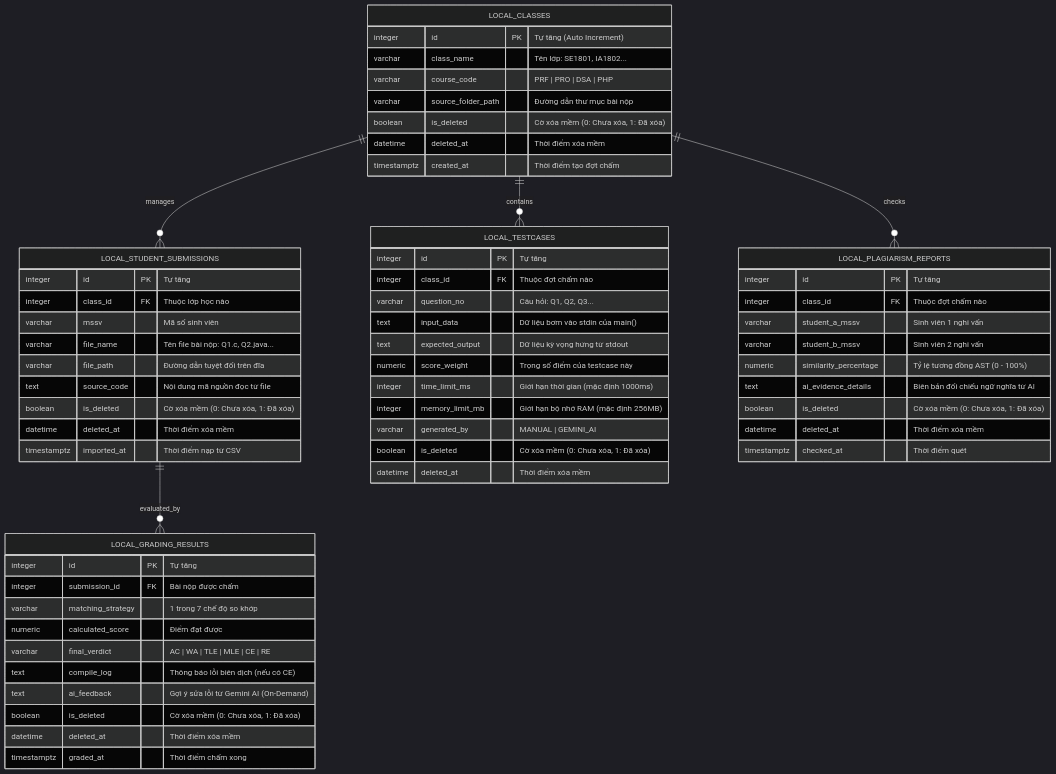
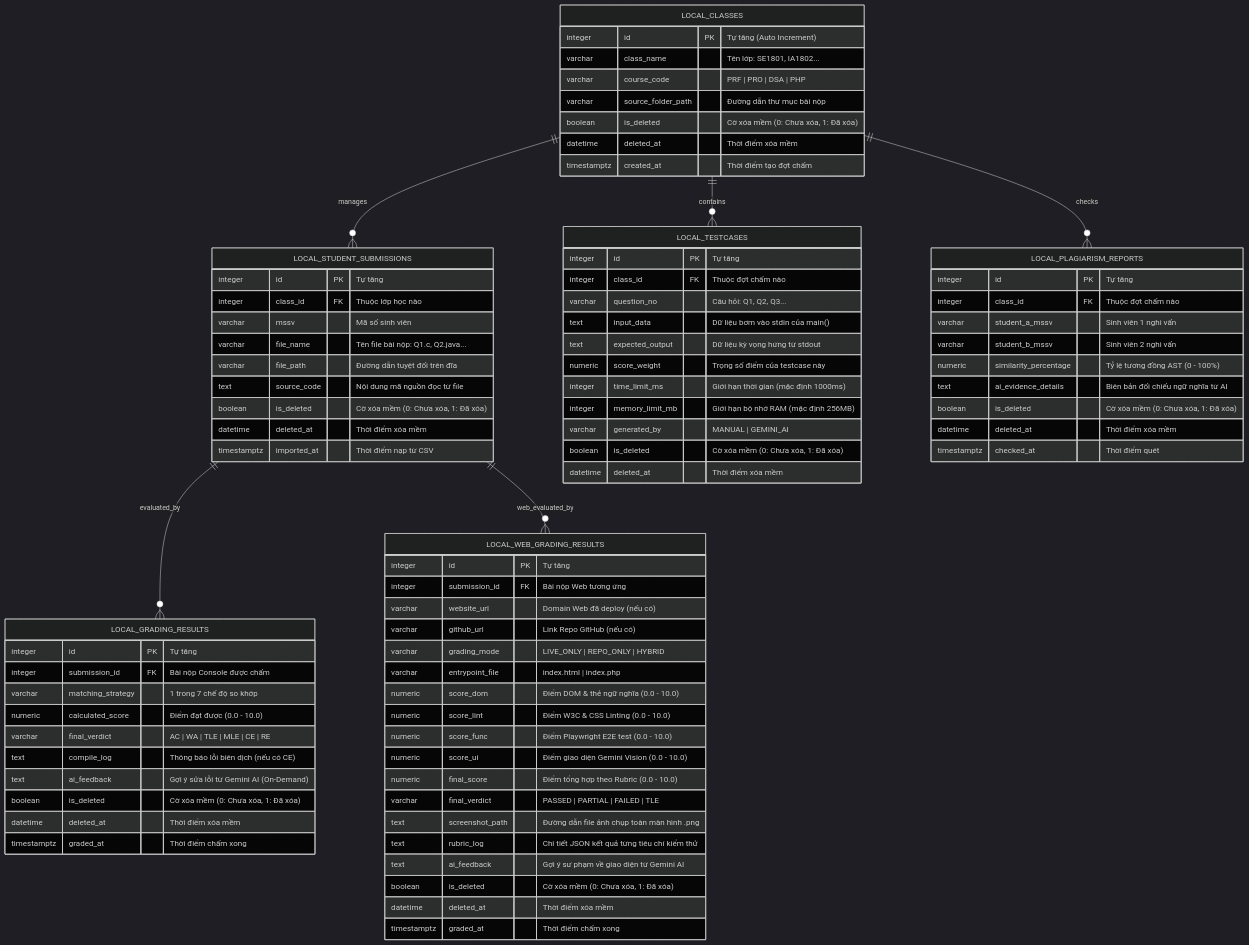
One commit to gray8493/iata_project changed the second of 2 diagrams in docs/architecture/database_schema.md. Above: the diagram before and after it, drawn with Mermaid (dark theme). The commit also changed other lines of this file and 6 other files, not shown here.

Commit message:
docs: add comprehensive system architecture documentation and PlantUML diagrams

```diff
--- a/docs/architecture/database_schema.md
+++ b/docs/architecture/database_schema.md
@@ -67,6 +67,7 @@
     LOCAL_CLASSES ||--o{ LOCAL_STUDENT_SUBMISSIONS : "manages"
     LOCAL_CLASSES ||--o{ LOCAL_TESTCASES : "contains"
     LOCAL_STUDENT_SUBMISSIONS ||--o{ LOCAL_GRADING_RESULTS : "evaluated_by"
+    LOCAL_STUDENT_SUBMISSIONS ||--o{ LOCAL_WEB_GRADING_RESULTS : "web_evaluated_by"
     LOCAL_CLASSES ||--o{ LOCAL_PLAGIARISM_REPORTS : "checks"
 
     LOCAL_CLASSES {
@@ -107,12 +108,33 @@
 
     LOCAL_GRADING_RESULTS {
         integer id PK "Tự tăng"
-        integer submission_id FK "Bài nộp được chấm"
+        integer submission_id FK "Bài nộp Console được chấm"
         varchar matching_strategy "1 trong 7 chế độ so khớp"
-        numeric calculated_score "Điểm đạt được"
+        numeric calculated_score "Điểm đạt được (0.0 - 10.0)"
         varchar final_verdict "AC | WA | TLE | MLE | CE | RE"
         text compile_log "Thông báo lỗi biên dịch (nếu có CE)"
         text ai_feedback "Gợi ý sửa lỗi từ Gemini AI (On-Demand)"
+        boolean is_deleted "Cờ xóa mềm (0: Chưa xóa, 1: Đã xóa)"
+        datetime deleted_at "Thời điểm xóa mềm"
+        timestamptz graded_at "Thời điểm chấm xong"
+    }
+
+    LOCAL_WEB_GRADING_RESULTS {
+        integer id PK "Tự tăng"
+        integer submission_id FK "Bài nộp Web tương ứng"
+        varchar website_url "Domain Web đã deploy (nếu có)"
+        varchar github_url "Link Repo GitHub (nếu có)"
+        varchar grading_mode "LIVE_ONLY | REPO_ONLY | HYBRID"
+        varchar entrypoint_file "index.html | index.php"
+        numeric score_dom "Điểm DOM & thẻ ngữ nghĩa (0.0 - 10.0)"
+        numeric score_lint "Điểm W3C & CSS Linting (0.0 - 10.0)"
+        numeric score_func "Điểm Playwright E2E test (0.0 - 10.0)"
+        numeric score_ui "Điểm giao diện Gemini Vision (0.0 - 10.0)"
+        numeric final_score "Điểm tổng hợp theo Rubric (0.0 - 10.0)"
+        varchar final_verdict "PASSED | PARTIAL | FAILED | TLE"
+        text screenshot_path "Đường dẫn file ảnh chụp toàn màn hình .png"
+        text rubric_log "Chi tiết JSON kết quả từng tiêu chí kiểm thử"
+        text ai_feedback "Gợi ý sư phạm về giao diện từ Gemini AI"
         boolean is_deleted "Cờ xóa mềm (0: Chưa xóa, 1: Đã xóa)"
         datetime deleted_at "Thời điểm xóa mềm"
         timestamptz graded_at "Thời điểm chấm xong"
```
